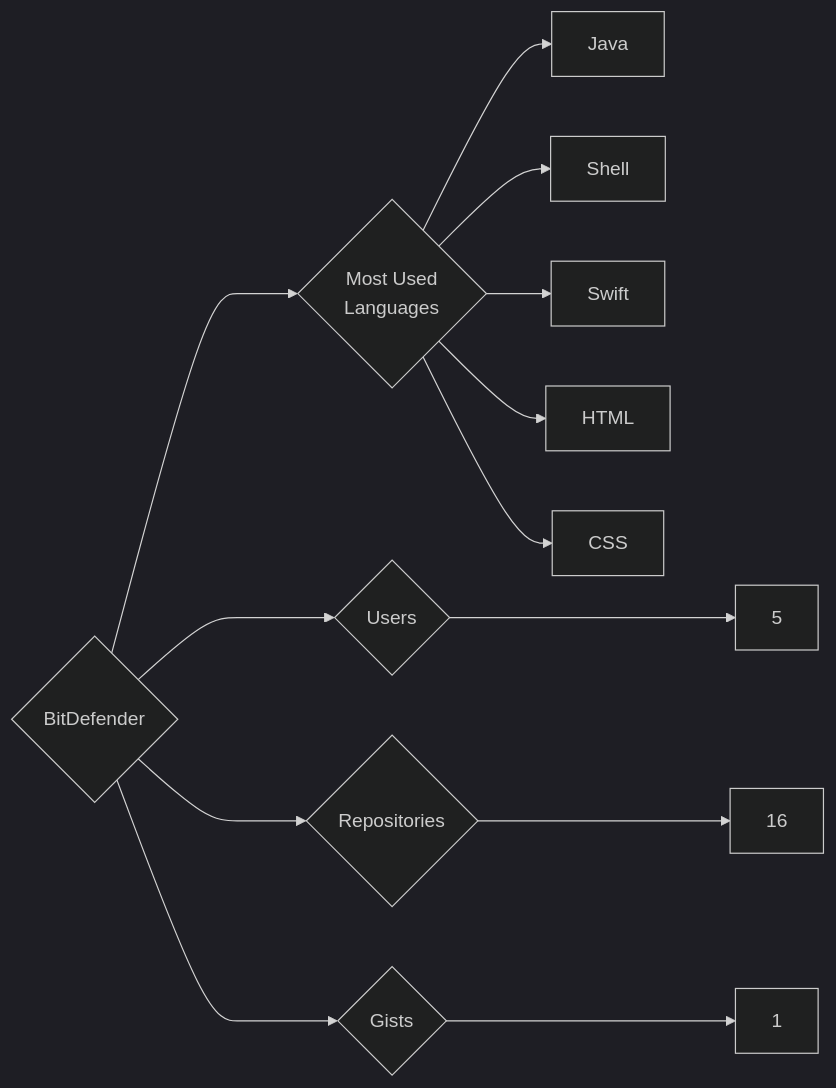
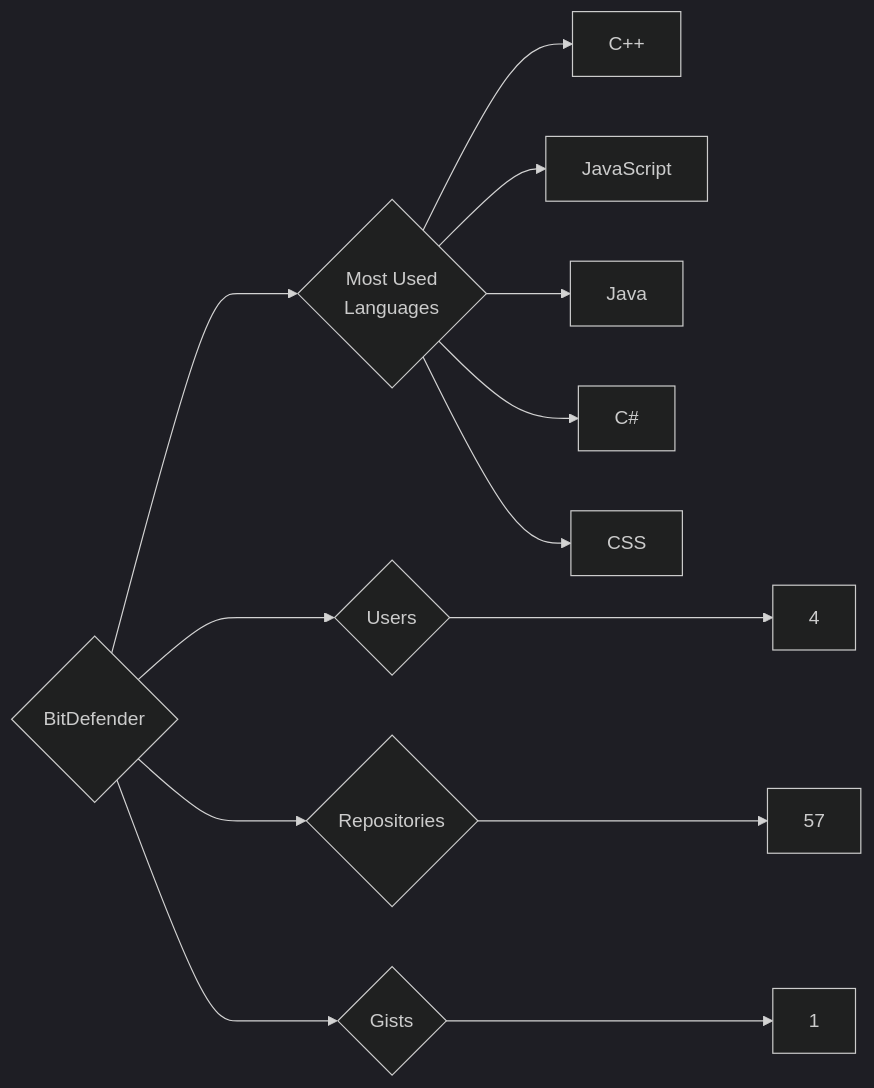
The diagram in targets/BitDefender/README.md (trickest/insiders), drawn with Mermaid (dark theme) before and after one commit. The commit also changed 998 other files, not shown here.

````diff
--- a/targets/BitDefender/README.md
+++ b/targets/BitDefender/README.md
@@ -3,13 +3,13 @@
 ```mermaid
 graph LR
 COMPANY_NAME{BitDefender}
-COMPANY_NAME ---> U{Users} ---> UN[5]
-COMPANY_NAME ---> R{Repositories} ---> RN[16]
+COMPANY_NAME ---> U{Users} ---> UN[4]
+COMPANY_NAME ---> R{Repositories} ---> RN[57]
 COMPANY_NAME ---> G{Gists} ---> GN[1]
 COMPANY_NAME ---> ML{Most Used<br>Languages}
+ML --> C++[C++]
+ML --> JavaScript[JavaScript]
 ML --> Java[Java]
-ML --> Shell[Shell]
-ML --> Swift[Swift]
-ML --> HTML[HTML]
+ML --> C#[C#]
 ML --> CSS[CSS]
 ```
````
